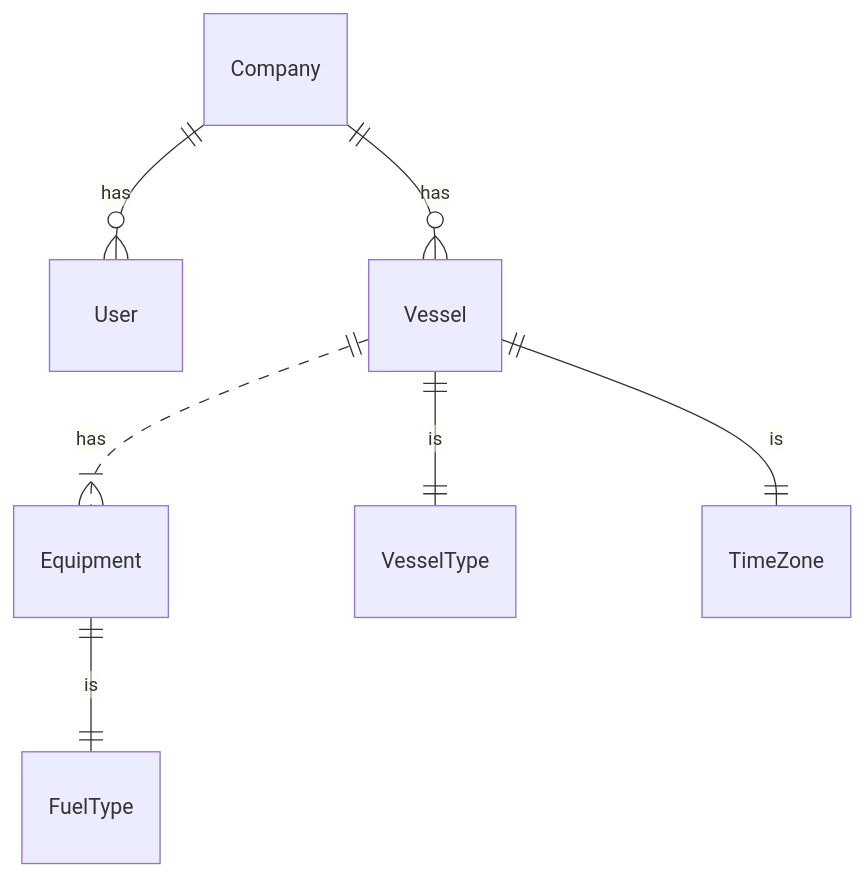
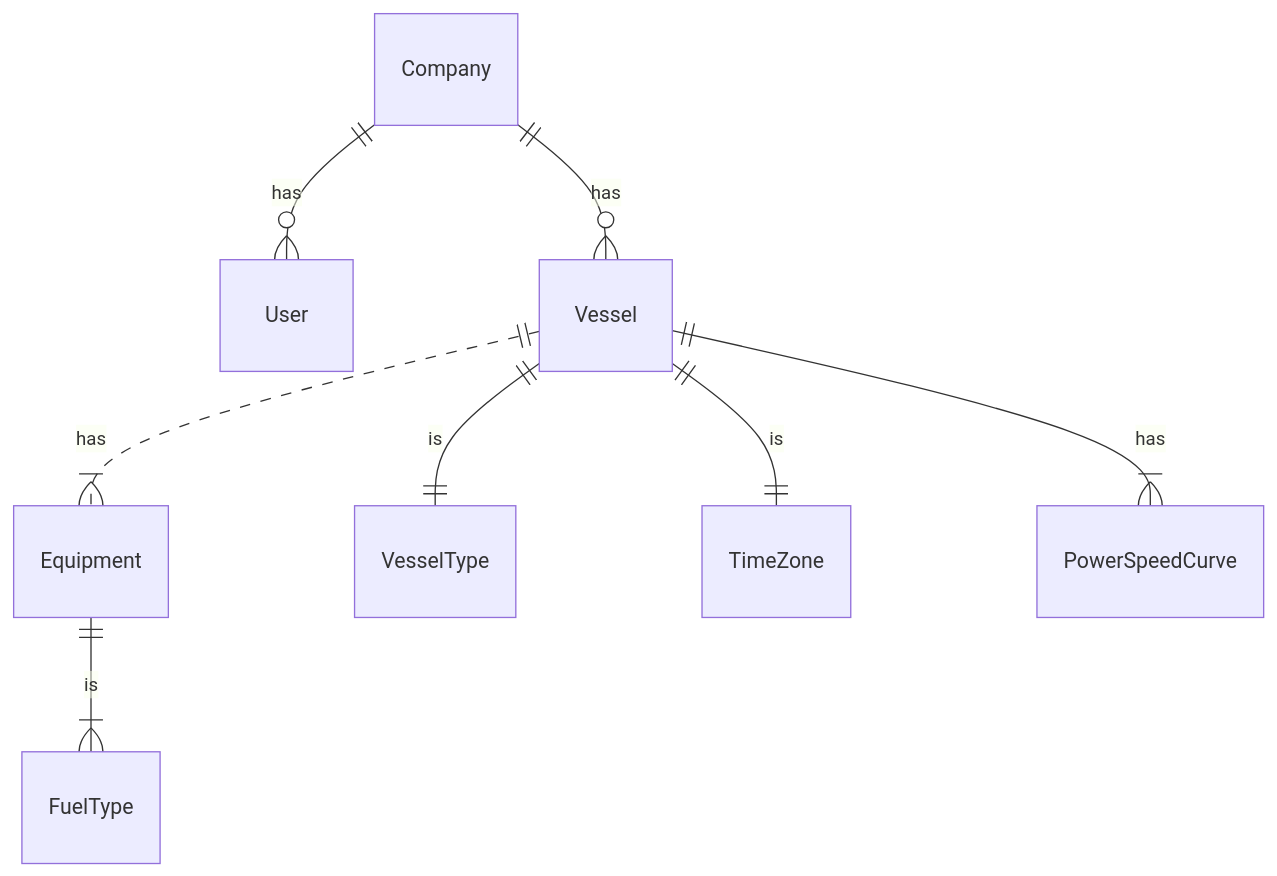
The diagram in fastapis/app/entity/README.md (MingLi19/data), drawn with Mermaid before and after one commit. The commit also changed 3 other files, not shown here.

````diff
--- a/fastapis/app/entity/README.md
+++ b/fastapis/app/entity/README.md
@@ -2,9 +2,10 @@
 ```mermaid
 erDiagram
     Company ||--o{ User : has
     Company ||--o{ Vessel : has
     Vessel ||..|{ Equipment : has
     Vessel ||--|| VesselType : is
     Vessel ||--|| TimeZone : is
-    Equipment ||--|| FuelType : is
+    Equipment ||--|{ FuelType : is
+    Vessel ||--|{ PowerSpeedCurve : has
 ```
````
